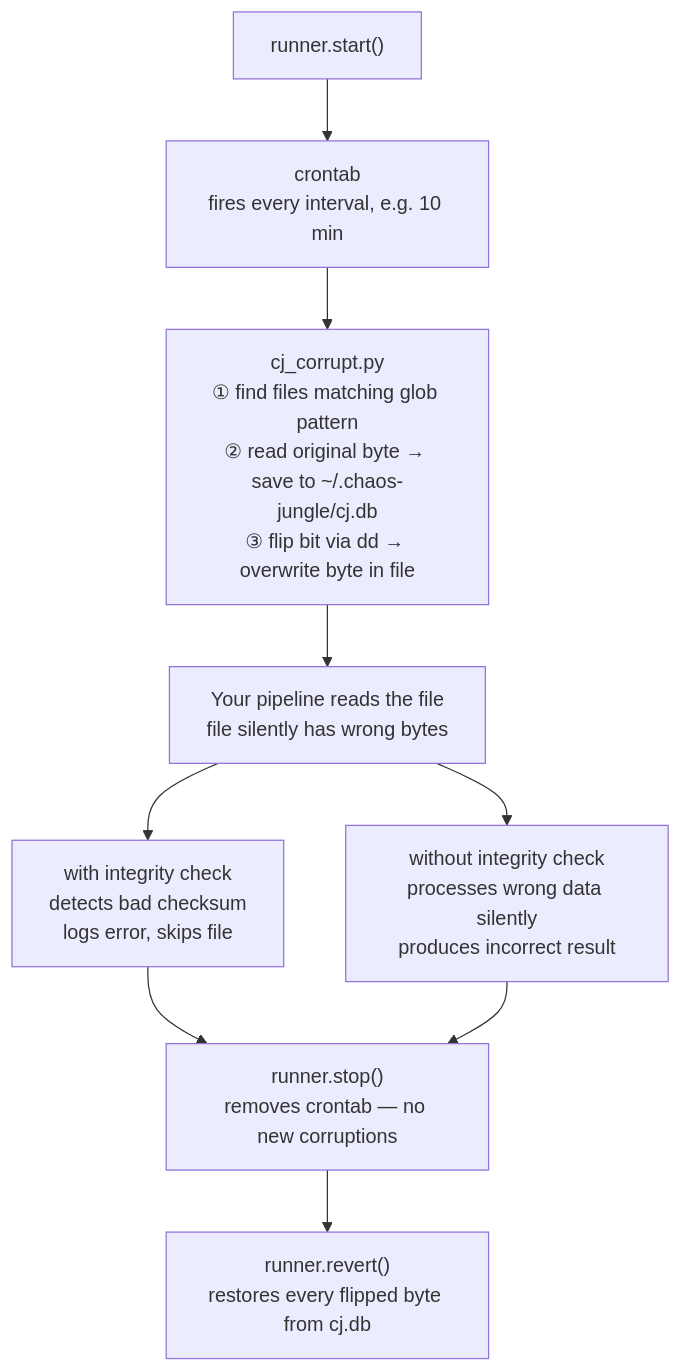
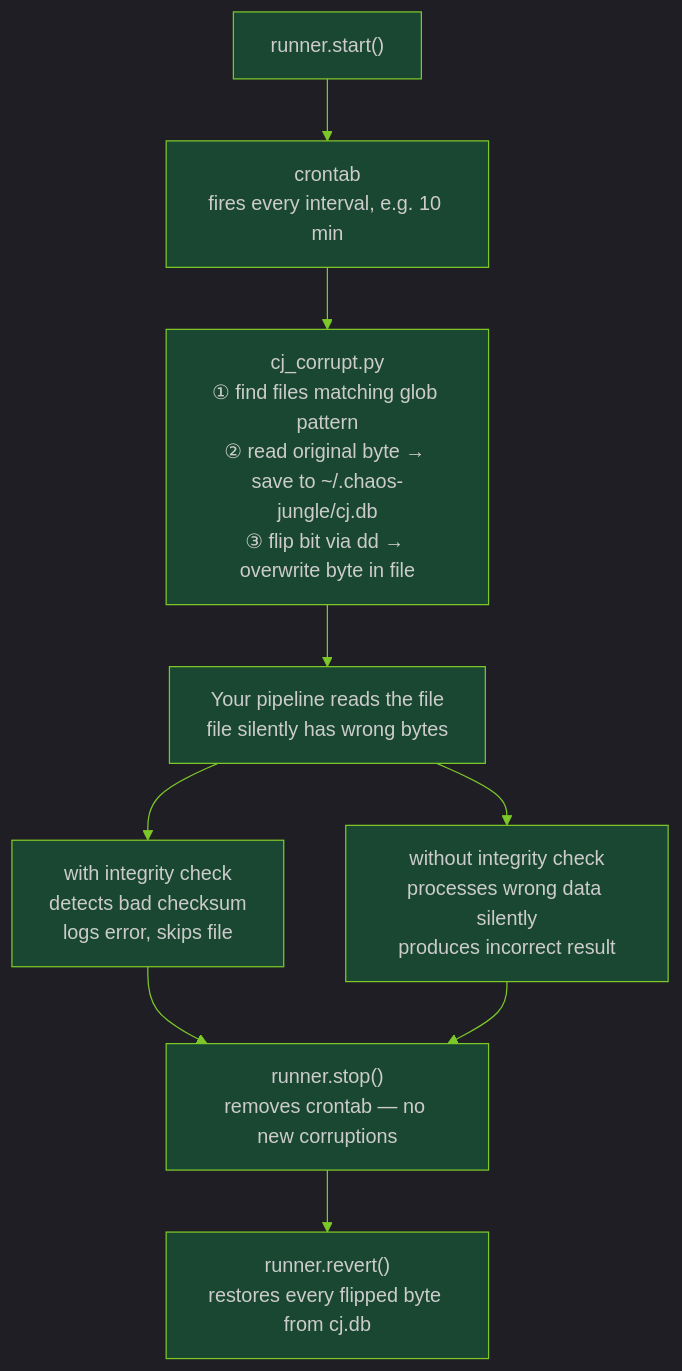
The diagram in docs/guides/storage.rst (swarmourr/CJ), drawn with Mermaid before and after one commit. The commit also changed 18 other files, not shown here.

First line of the commit message:
docs: embed %%{init}%% CJ theme in all Mermaid diagrams across all pages

```diff
--- a/docs/guides/storage.rst
+++ b/docs/guides/storage.rst
@@ -44,18 +44,19 @@
 .. mermaid::
 
+   %%{init: {'theme': 'dark', 'themeVariables': {'primaryColor': '#1a4731', 'primaryTextColor': '#7dc829', 'primaryBorderColor': '#7dc829', 'lineColor': '#7dc829', 'secondaryColor': '#2e3440', 'tertiaryColor': '#0f2318', 'mainBkg': '#1a4731', 'nodeBorder': '#7dc829', 'clusterBkg': '#0f2318', 'titleColor': '#7dc829', 'edgeLabelBackground': '#0f2318'}}}%%
    flowchart TD
        START_ST["runner.start()"]
        CRON_ST["crontab\nfires every interval, e.g. 10 min"]
        CORRUPT_ST["cj_corrupt.py\n① find files matching glob pattern\n② read original byte → save to ~/.chaos-jungle/cj.db\n③ flip bit via dd → overwrite byte in file"]
        FILE_ST["Your pipeline reads the file\nfile silently has wrong bytes"]
        WITH_ST["with integrity check\ndetects bad checksum\nlogs error, skips file"]
        WITHOUT_ST["without integrity check\nprocesses wrong data silently\nproduces incorrect result"]
        STOP_ST["runner.stop()\nremoves crontab — no new corruptions"]
        REVERT_ST["runner.revert()\nrestores every flipped byte from cj.db"]
 
        START_ST --> CRON_ST --> CORRUPT_ST --> FILE_ST
        FILE_ST --> WITH_ST
        FILE_ST --> WITHOUT_ST
        WITH_ST --> STOP_ST
        WITHOUT_ST --> STOP_ST
        STOP_ST --> REVERT_ST
```
